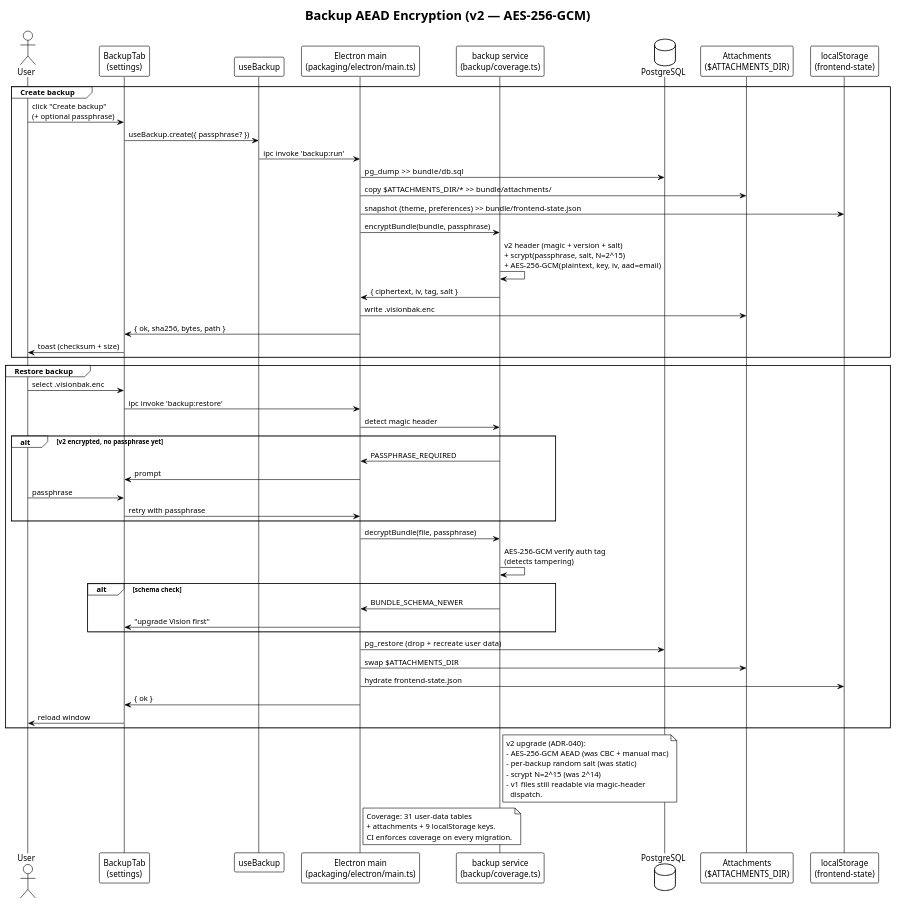
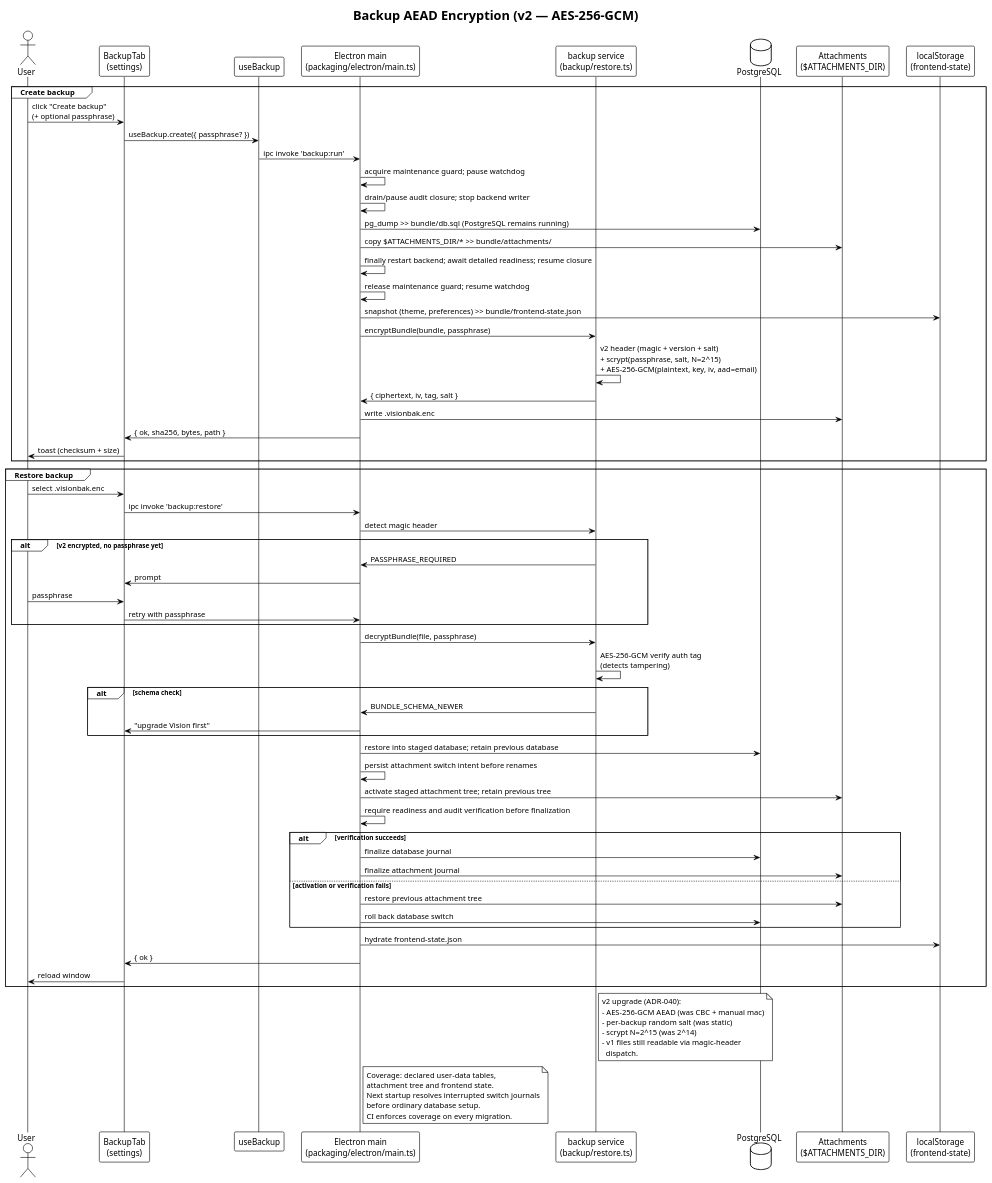
Before and after one commit to EraPartner/Vision: the diagram in docs/diagrams/backup-aead-encryption.puml, drawn with PlantUML. The commit also changed 19 other files, not shown here.

```diff
--- a/docs/diagrams/backup-aead-encryption.puml
+++ b/docs/diagrams/backup-aead-encryption.puml
@@ -1,71 +1,86 @@
 @startuml Backup AEAD Encryption (v2)
 title Backup AEAD Encryption (v2 — AES-256-GCM)
 
 !theme plain
 skinparam participantSpacing 10
 skinparam ranksep 50
 
 actor "User" as User
 
 participant "BackupTab\n(settings)" as UI
 participant "useBackup" as Hook
 participant "Electron main\n(packaging/electron/main.ts)" as Main
-participant "backup service\n(backup/coverage.ts)" as Backup
+participant "backup service\n(backup/restore.ts)" as Backup
 database  "PostgreSQL" as DB
 participant "Attachments\n($ATTACHMENTS_DIR)" as Files
 participant "localStorage\n(frontend-state)" as LS
 
 group Create backup
   User -> UI : click "Create backup"\n(+ optional passphrase)
   UI -> Hook : useBackup.create({ passphrase? })
   Hook -> Main : ipc invoke 'backup:run'
-  Main -> DB   : pg_dump  >>  bundle/db.sql
+  Main -> Main : acquire maintenance guard; pause watchdog
+  Main -> Main : drain/pause audit closure; stop backend writer
+  Main -> DB   : pg_dump >> bundle/db.sql (PostgreSQL remains running)
   Main -> Files: copy $ATTACHMENTS_DIR/* >> bundle/attachments/
+  Main -> Main : finally restart backend; await detailed readiness; resume closure
+  Main -> Main : release maintenance guard; resume watchdog
   Main -> LS   : snapshot (theme, preferences) >> bundle/frontend-state.json
   Main -> Backup: encryptBundle(bundle, passphrase)
   Backup -> Backup : v2 header (magic + version + salt)\n+ scrypt(passphrase, salt, N=2^15)\n+ AES-256-GCM(plaintext, key, iv, aad=email)
   Backup -> Main : { ciphertext, iv, tag, salt }
   Main -> Files : write .visionbak.enc
   Main -> UI    : { ok, sha256, bytes, path }
   UI -> User    : toast (checksum + size)
 end
 
 group Restore backup
   User -> UI    : select .visionbak.enc
   UI -> Main    : ipc invoke 'backup:restore'
   Main -> Backup: detect magic header
   alt v2 encrypted, no passphrase yet
     Backup -> Main : PASSPHRASE_REQUIRED
     Main -> UI     : prompt
     User -> UI     : passphrase
     UI -> Main     : retry with passphrase
   end
   Main -> Backup : decryptBundle(file, passphrase)
   Backup -> Backup : AES-256-GCM verify auth tag\n(detects tampering)
   alt schema check
     Backup -> Main : BUNDLE_SCHEMA_NEWER
     Main -> UI     : "upgrade Vision first"
   end
-  Main -> DB    : pg_restore  (drop + recreate user data)
-  Main -> Files : swap $ATTACHMENTS_DIR
+  Main -> DB    : restore into staged database; retain previous database
+  Main -> Main  : persist attachment switch intent before renames
+  Main -> Files : activate staged attachment tree; retain previous tree
+  Main -> Main  : require readiness and audit verification before finalization
+  alt verification succeeds
+    Main -> DB : finalize database journal
+    Main -> Files : finalize attachment journal
+  else activation or verification fails
+    Main -> Files : restore previous attachment tree
+    Main -> DB : roll back database switch
+  end
   Main -> LS    : hydrate frontend-state.json
   Main -> UI    : { ok }
   UI -> User    : reload window
 end
 
 note right of Backup
   v2 upgrade (ADR-040):
   - AES-256-GCM AEAD (was CBC + manual mac)
   - per-backup random salt (was static)
   - scrypt N=2^15 (was 2^14)
   - v1 files still readable via magic-header
     dispatch.
 end note
 
 note right of Main
-  Coverage: 31 user-data tables
-  + attachments + 9 localStorage keys.
+  Coverage: declared user-data tables,
+  attachment tree and frontend state.
+  Next startup resolves interrupted switch journals
+  before ordinary database setup.
   CI enforces coverage on every migration.
 end note
 
 @enduml
```
